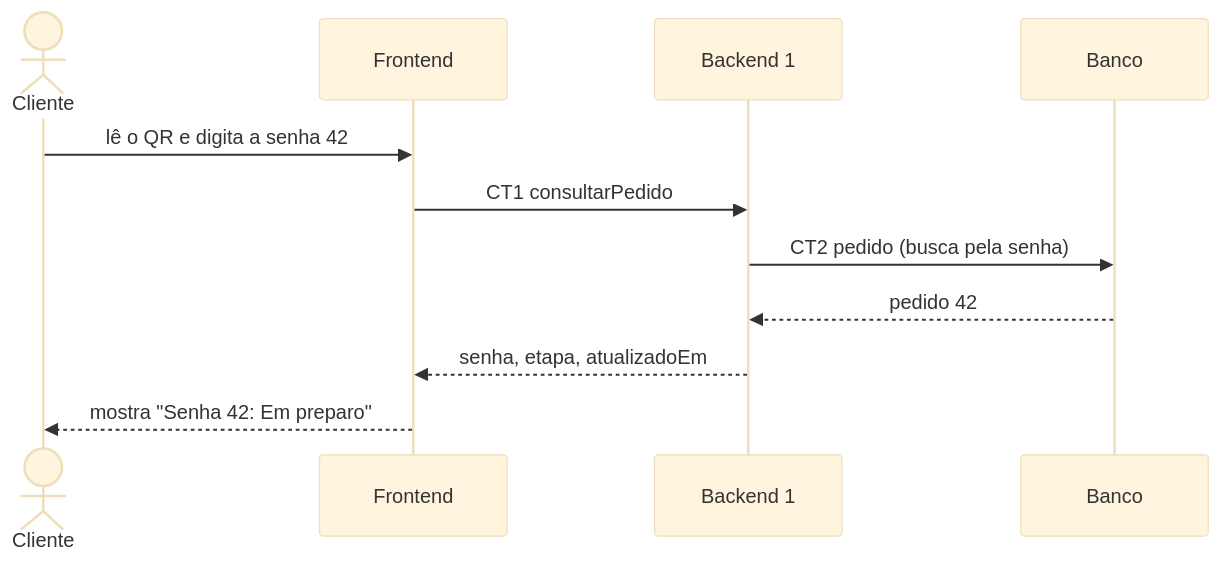
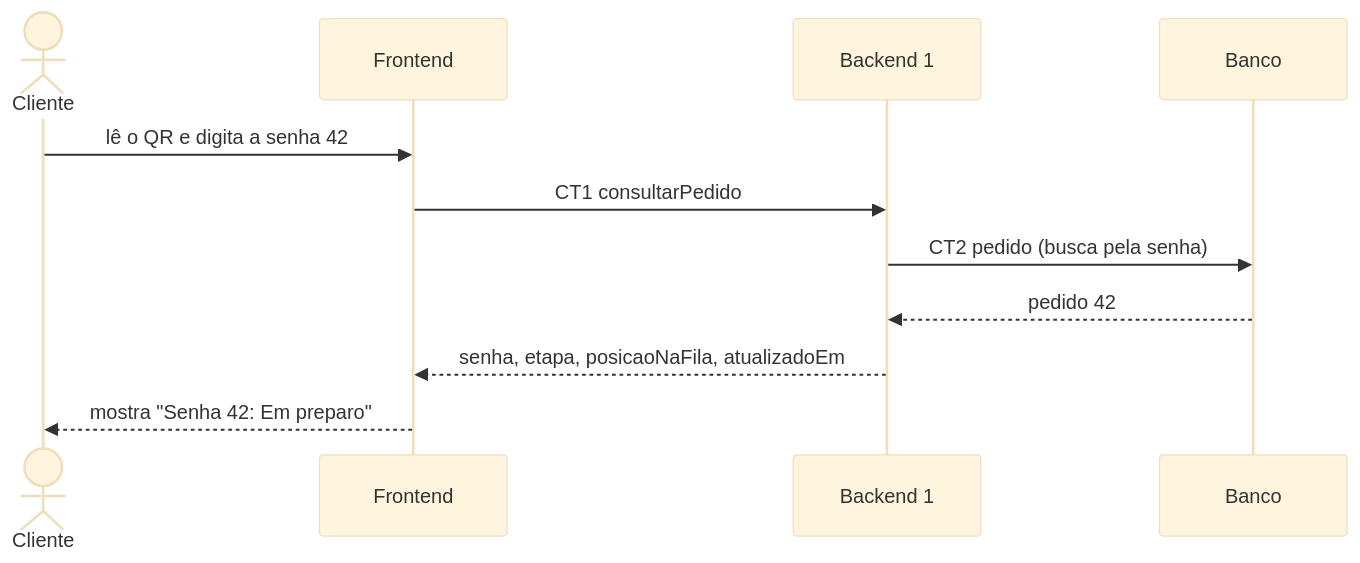
One commit to pedromeira220/pi4-0102-g6-frontend changed the diagram in docs/fluxos/E1-chegada-ao-pedido-pela-senha.md. Above: the diagram before and after it, drawn with Mermaid (base theme). The commit also changed other lines of this file and 28 other files, not shown here.

````diff
--- a/docs/fluxos/E1-chegada-ao-pedido-pela-senha.md
+++ b/docs/fluxos/E1-chegada-ao-pedido-pela-senha.md
@@ -18,13 +18,13 @@
 ```mermaid
 sequenceDiagram
     actor Cliente
     participant Frontend
     participant B1 as Backend 1
     participant Banco
     Cliente->>Frontend: lê o QR e digita a senha 42
     Frontend->>B1: CT1 consultarPedido
     B1->>Banco: CT2 pedido (busca pela senha)
     Banco-->>B1: pedido 42
-    B1-->>Frontend: senha, etapa, atualizadoEm
+    B1-->>Frontend: senha, etapa, posicaoNaFila, atualizadoEm
     Frontend-->>Cliente: mostra "Senha 42: Em preparo"
 ```
````
